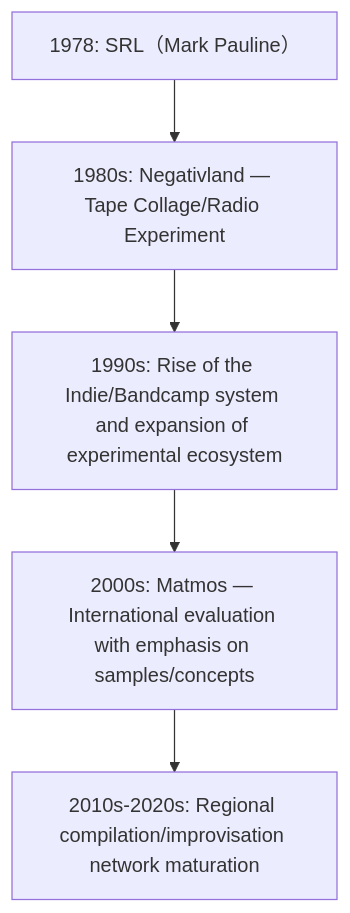
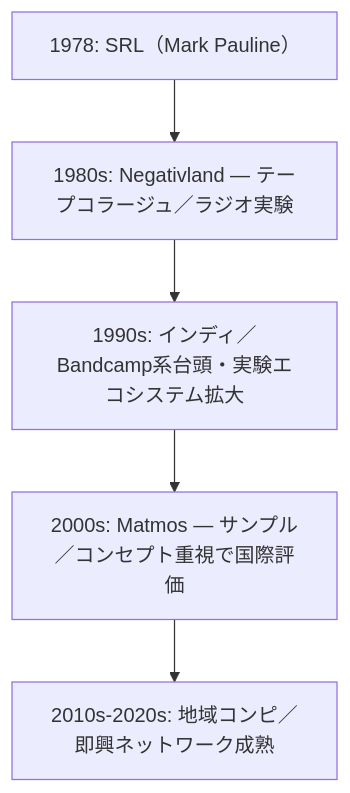
The diagram in en/_posts/2025-10-01-Column-Bay-Area-San-Francisco-Noise.md (monumental-movement/monumental-movement.github.io), drawn with Mermaid before and after one commit. The commit also changed other lines of this file and 2196 other files, not shown here.

```diff
--- a/en/_posts/2025-10-01-Column-Bay-Area-San-Francisco-Noise.md
+++ b/en/_posts/2025-10-01-Column-Bay-Area-San-Francisco-Noise.md
@@ -48,7 +47,7 @@
 <div class="mermaid">
 flowchart TD
-    A["1978: SRL（Mark Pauline）"] --> B["1980s: Negativland — Tape Collage/Radio Experiment"]
-    B --> C["1990s: Rise of the Indie/Bandcamp system and expansion of experimental ecosystem"]
-    C --> D["2000s: Matmos — International evaluation with emphasis on samples/concepts"]
-    D --> E["2010s-2020s: Regional compilation/improvisation network maturation"]
+    A["1978: SRL（Mark Pauline）"] --> B["1980s: Negativland — テープコラージュ／ラジオ実験"]
+    B --> C["1990s: インディ／Bandcamp系台頭・実験エコシステム拡大"]
+    C --> D["2000s: Matmos — サンプル／コンセプト重視で国際評価"]
+    D --> E["2010s-2020s: 地域コンピ／即興ネットワーク成熟"]
 </div>
```
